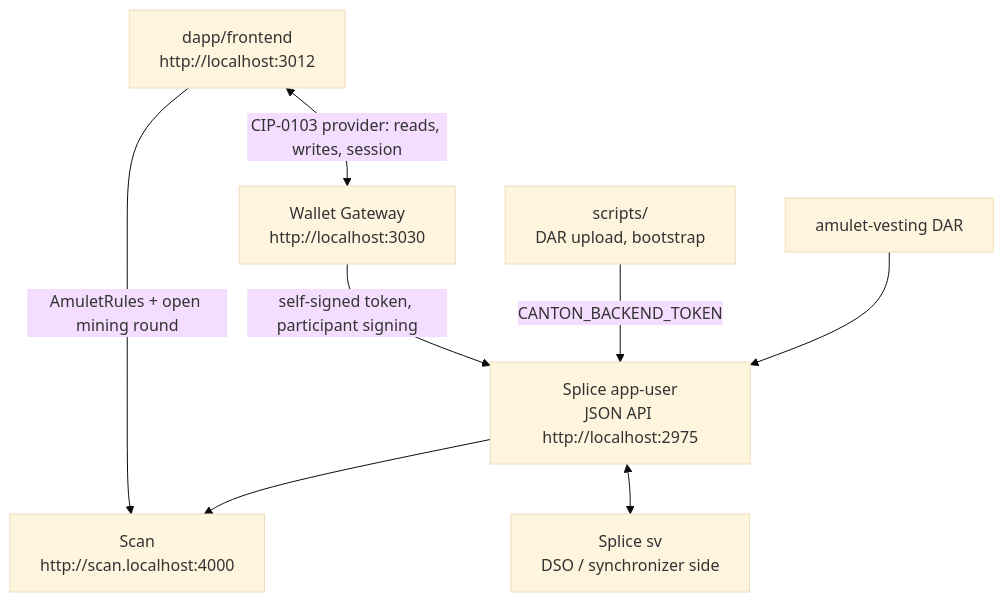
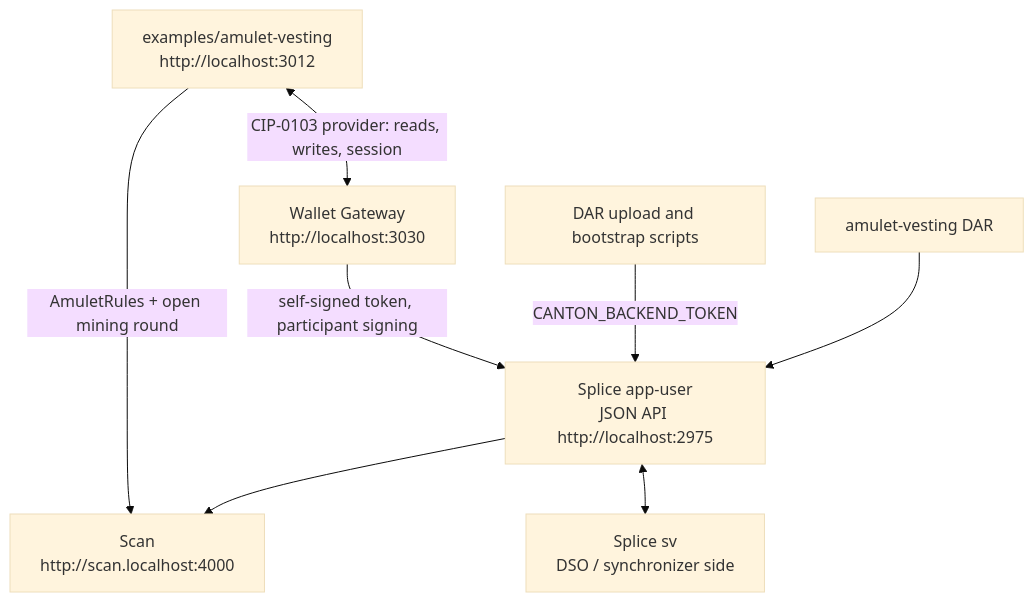
One commit to BootNodeDev/canton-dappbooster changed the diagram in architecture.md. Above: the diagram before and after it, drawn with Mermaid (base theme). The commit also changed other lines of this file and 177 other files, not shown here.

First line of the commit message:
refactor: move the vesting dApp to examples/amulet-vesting

````diff
--- a/architecture.md
+++ b/architecture.md
@@ -23,18 +22,18 @@
 ```mermaid
 flowchart TD
-  fe["dapp/frontend<br/>http://localhost:3012"]
+  fe["examples/amulet-vesting<br/>http://localhost:3012"]
   gw["Wallet Gateway<br/>http://localhost:3030"]
   au["Splice app-user<br/>JSON API http://localhost:2975"]
   sv["Splice sv<br/>DSO / synchronizer side"]
   scan["Scan<br/>http://scan.localhost:4000"]
   dar["amulet-vesting DAR"]
-  scripts["scripts/<br/>DAR upload, bootstrap"]
+  scripts["DAR upload and bootstrap scripts"]
 
   fe -->|"AmuletRules + open mining round"| scan
   fe <-->|"CIP-0103 provider: reads, writes, session"| gw
   gw -->|"self-signed token, participant signing"| au
   scripts -->|"CANTON_BACKEND_TOKEN"| au
   au <--> sv
   au --> scan
   dar --> au
 ```
````
